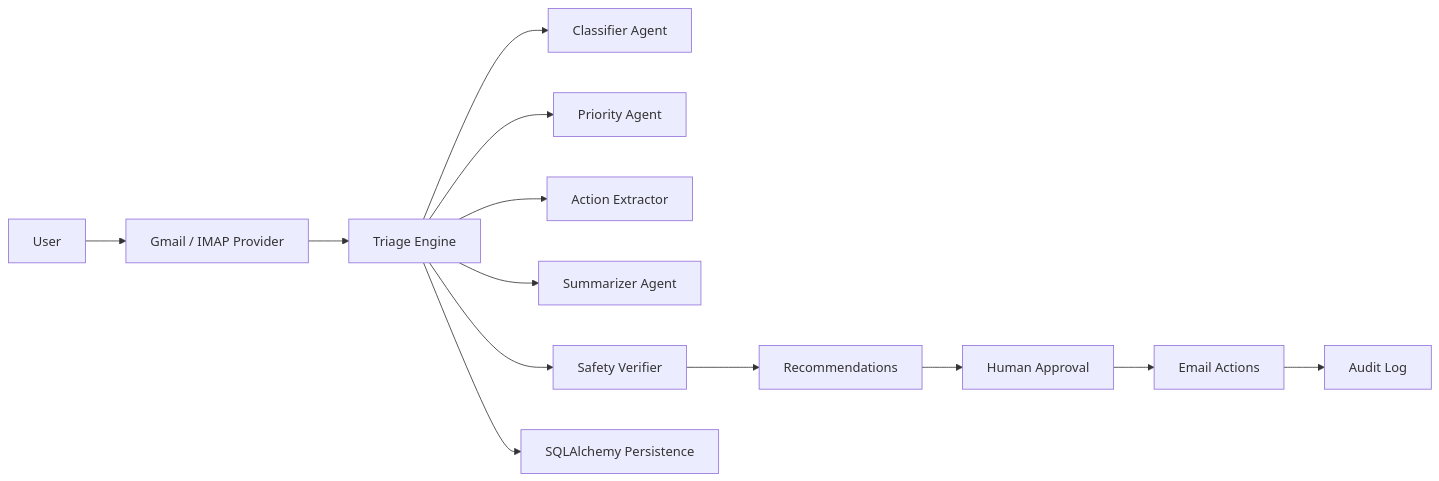
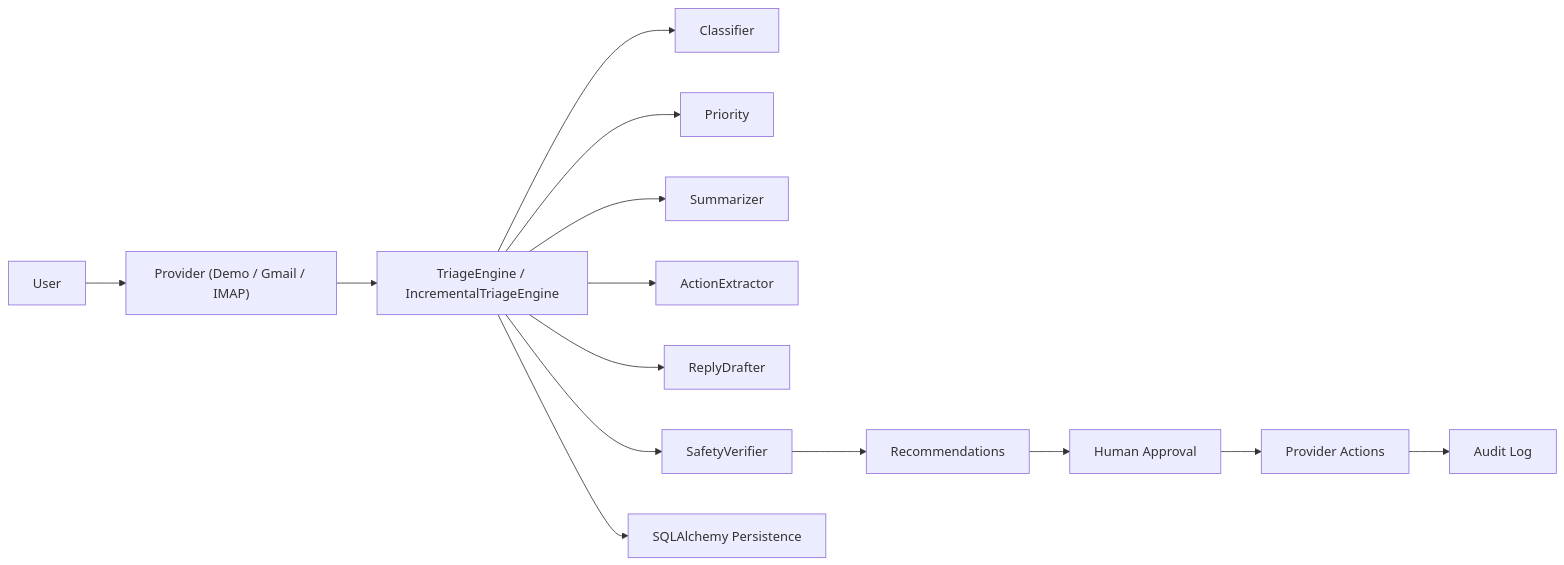
Before and after one commit to lucaomul/InboxAnchor: the diagram in README.md, drawn with Mermaid. The commit also changed other lines of this file and 7 other files, not shown here.

````diff
--- a/README.md
+++ b/README.md
@@ -73,15 +20,16 @@
 ```mermaid
 flowchart LR
-    User["User"] --> Provider["Gmail / IMAP Provider"]
-    Provider --> Engine["Triage Engine"]
-    Engine --> Classifier["Classifier Agent"]
-    Engine --> Priority["Priority Agent"]
-    Engine --> Extractor["Action Extractor"]
-    Engine --> Summarizer["Summarizer Agent"]
-    Engine --> Safety["Safety Verifier"]
+    User["User"] --> Provider["Provider (Demo / Gmail / IMAP)"]
+    Provider --> Engine["TriageEngine / IncrementalTriageEngine"]
+    Engine --> Classifier["Classifier"]
+    Engine --> Priority["Priority"]
+    Engine --> Summarizer["Summarizer"]
+    Engine --> Extractor["ActionExtractor"]
+    Engine --> Drafter["ReplyDrafter"]
+    Engine --> Safety["SafetyVerifier"]
     Safety --> Recommendations["Recommendations"]
     Recommendations --> Approval["Human Approval"]
-    Approval --> Actions["Email Actions"]
+    Approval --> Actions["Provider Actions"]
     Actions --> Audit["Audit Log"]
-    Engine --> DB["SQLAlchemy Persistence"]
+    Engine --> Persistence["SQLAlchemy Persistence"]
 ```
````
